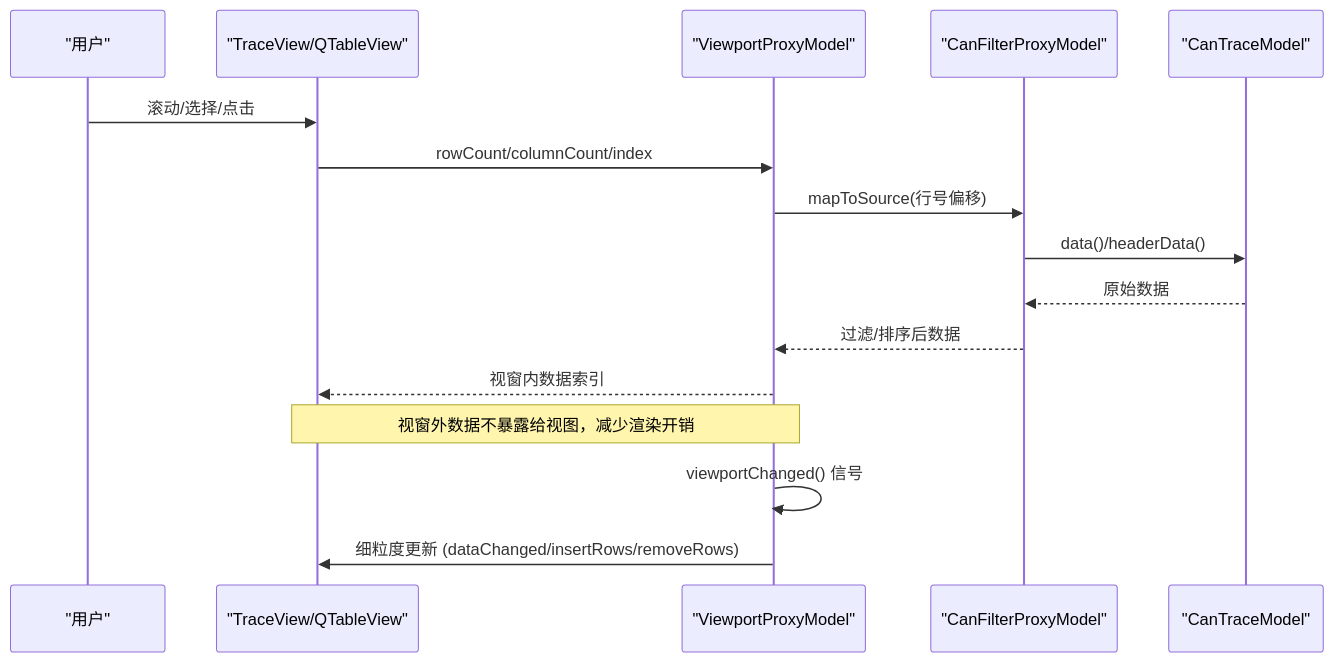
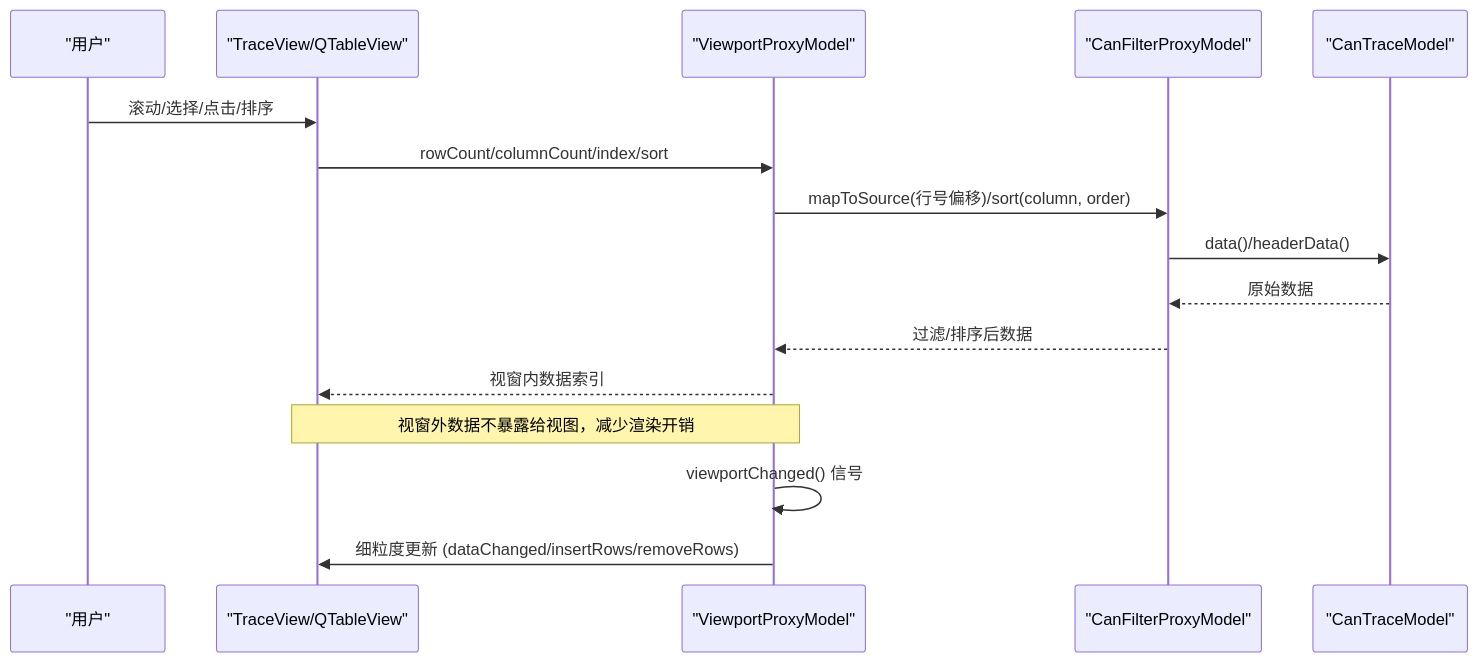
One commit to jakecai1225-design/OpenBus changed the second of 6 diagrams in .qoder/repowiki/zh/content/核心模块详解/视口代理模型.md. Above: the diagram before and after it, drawn with Mermaid. The commit also changed other lines of this file and 18 other files, not shown here.

````diff
--- a/.qoder/repowiki/zh/content/核心模块详解/视口代理模型.md
+++ b/.qoder/repowiki/zh/content/核心模块详解/视口代理模型.md
@@ -81,18 +87,18 @@
 ```mermaid
 sequenceDiagram
 participant U as "用户"
 participant TV as "TraceView/QTableView"
 participant VP as "ViewportProxyModel"
 participant FP as "CanFilterProxyModel"
 participant TM as "CanTraceModel"
-U->>TV : 滚动/选择/点击
-TV->>VP : rowCount/columnCount/index
-VP->>FP : mapToSource(行号偏移)
+U->>TV : 滚动/选择/点击/排序
+TV->>VP : rowCount/columnCount/index/sort
+VP->>FP : mapToSource(行号偏移)/sort(column, order)
 FP->>TM : data()/headerData()
 TM-->>FP : 原始数据
 FP-->>VP : 过滤/排序后数据
 VP-->>TV : 视窗内数据索引
 Note over VP,TV : 视窗外数据不暴露给视图，减少渲染开销
 VP->>VP : viewportChanged() 信号
 VP->>TV : 细粒度更新 (dataChanged/insertRows/removeRows)
 ```
````
